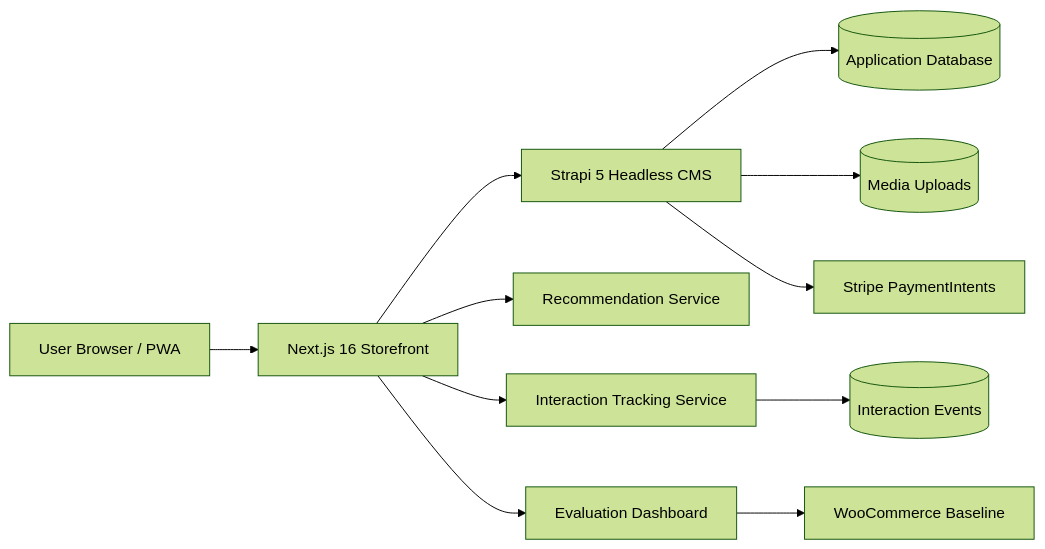
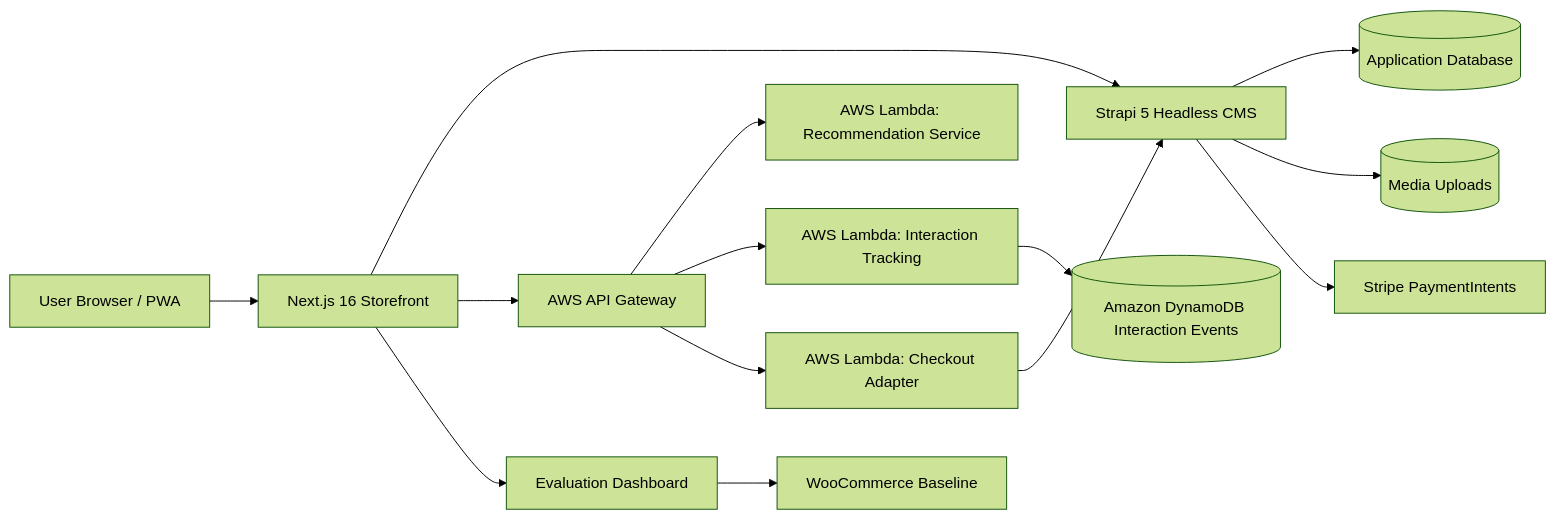
Before and after one commit to teoagg/my-shop-frontend: the diagram in docs/ARCHITECTURE.md, drawn with Mermaid (forest theme). The commit also changed other lines of this file and 1 other file, not shown here.

Commit message:
Clarify AWS serverless architecture in docs

````diff
--- a/docs/ARCHITECTURE.md
+++ b/docs/ARCHITECTURE.md
@@ -7,13 +7,16 @@
 ```mermaid
 flowchart LR
     Browser[User Browser / PWA] --> Frontend[Next.js 16 Storefront]
     Frontend --> CMS[Strapi 5 Headless CMS]
     CMS --> Data[(Application Database)]
     CMS --> Uploads[(Media Uploads)]
     CMS --> Stripe[Stripe PaymentIntents]
-    Frontend --> Recommender[Recommendation Service]
-    Frontend --> Tracking[Interaction Tracking Service]
-    Tracking --> Events[(Interaction Events)]
+    Frontend --> Gateway[AWS API Gateway]
+    Gateway --> Recommender[AWS Lambda: Recommendation Service]
+    Gateway --> Tracking[AWS Lambda: Interaction Tracking]
+    Gateway --> Checkout[AWS Lambda: Checkout Adapter]
+    Tracking --> Events[(Amazon DynamoDB Interaction Events)]
+    Checkout --> CMS
     Frontend --> Evaluation[Evaluation Dashboard]
     Evaluation --> Woo[WooCommerce Baseline]
 ```
````
